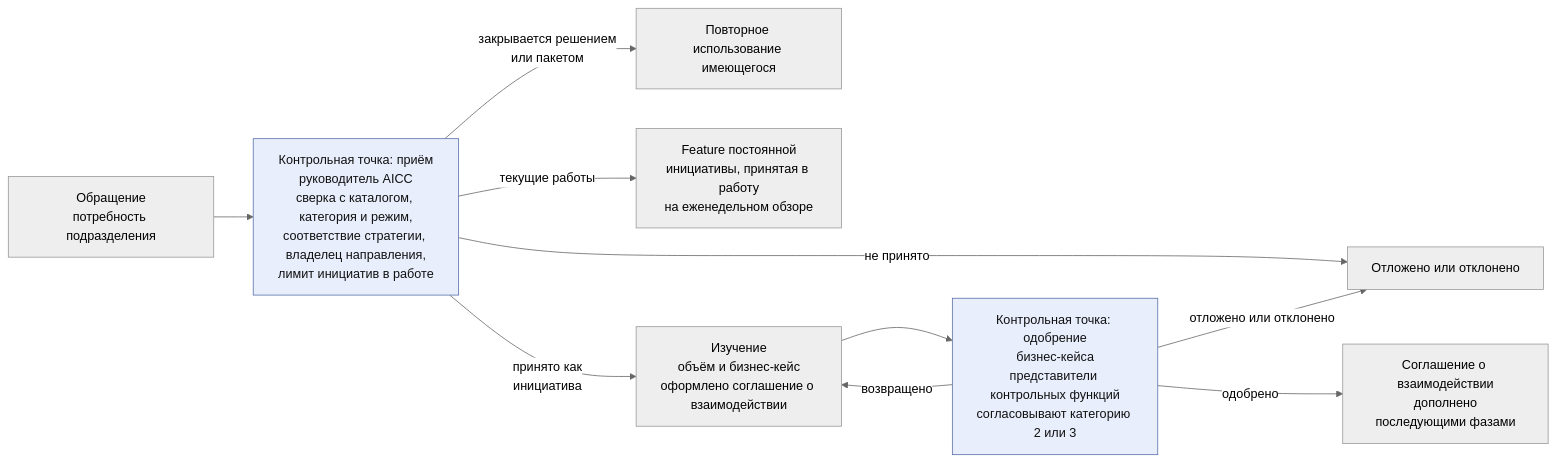
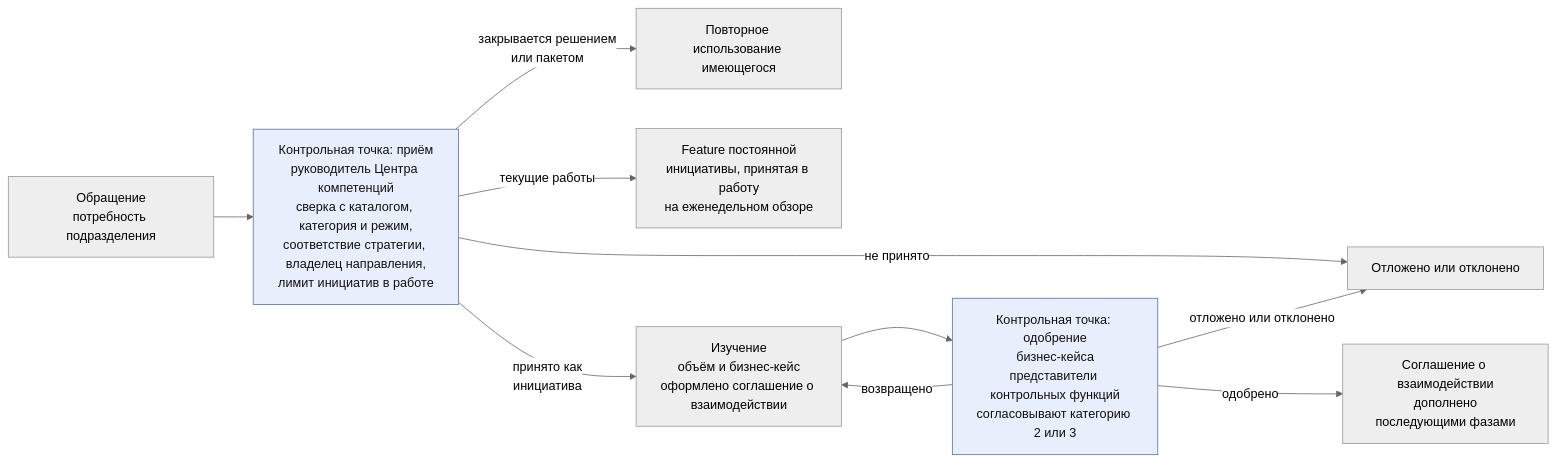
Before and after one commit to devhogu/ob-aicc: the first of 3 diagrams in charter/ru/workflows/engagement.md, drawn with Mermaid (neutral theme). The commit also changed other lines of this file and 1149 other files, not shown here.

````diff
--- a/charter/ru/workflows/engagement.md
+++ b/charter/ru/workflows/engagement.md
@@ -21,14 +21,14 @@
 ```mermaid
 flowchart LR
-  C["Обращение<br/>потребность подразделения"] --> IN["Контрольная точка: приём<br/>руководитель AICC<br/>сверка с каталогом, категория и режим,<br/>соответствие стратегии, владелец направления,<br/>лимит инициатив в работе"]
+  C["Обращение<br/>потребность подразделения"] --> IN["Контрольная точка: приём<br/>руководитель Центра компетенций<br/>сверка с каталогом, категория и режим,<br/>соответствие стратегии, владелец направления,<br/>лимит инициатив в работе"]
   IN -->|"закрывается решением<br/>или пакетом"| RU["Повторное использование имеющегося"]
   IN -->|"текущие работы"| RR["Feature постоянной<br/>инициативы, принятая в работу<br/>на еженедельном обзоре"]
   IN -->|"принято как<br/>инициатива"| ST["Изучение<br/>объём и бизнес-кейс<br/>оформлено соглашение о взаимодействии"]
   IN -->|"не принято"| DR["Отложено или отклонено"]
   ST --> AP["Контрольная точка: одобрение<br/>бизнес-кейса<br/>представители контрольных функций<br/>согласовывают категорию 2 или 3"]
   AP -->|"возвращено"| ST
   AP -->|"отложено или отклонено"| DR
   AP -->|"одобрено"| SA["Соглашение о взаимодействии<br/>дополнено<br/>последующими фазами"]
   classDef gate fill:#e8eefc,stroke:#5a6fa8,color:#111
   class IN,AP gate
 ```
````
